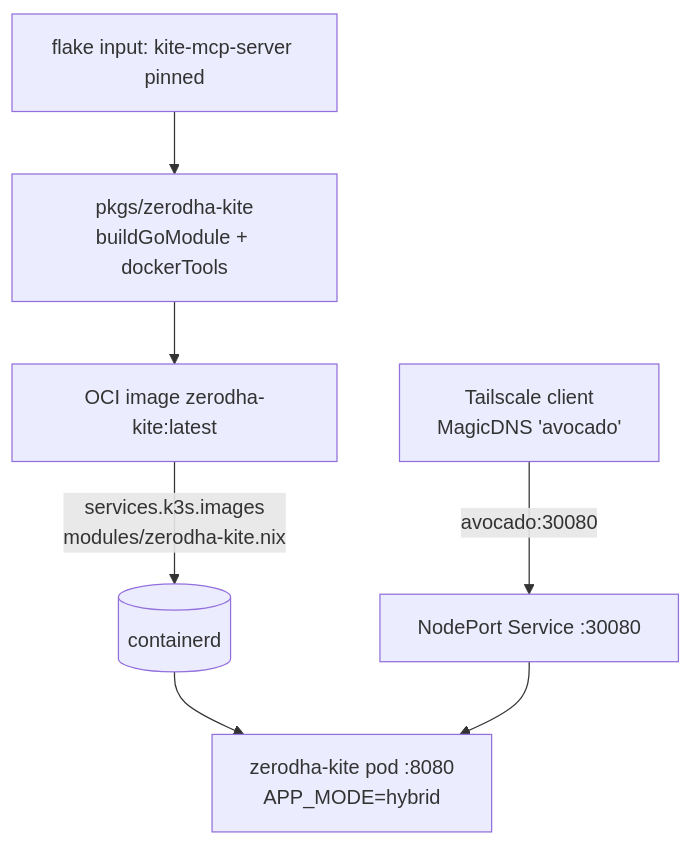
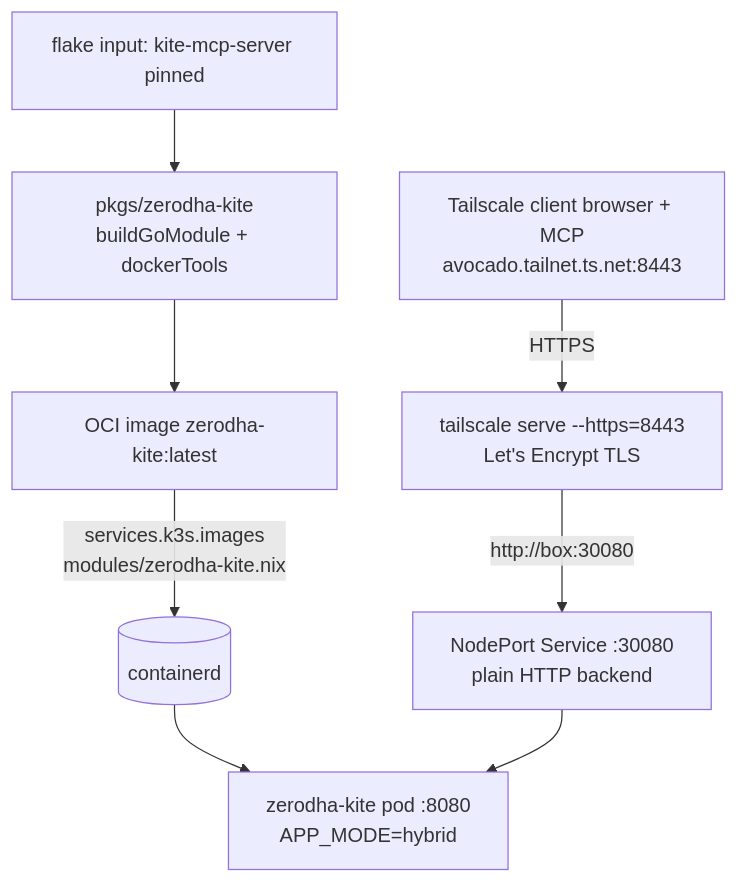
One commit to rithviknishad/systems.nix changed the diagram in docs/zerodha-kite.md. Above: the diagram before and after it, drawn with Mermaid. The commit also changed other lines of this file and 4 other files, not shown here.

Commit message:
update kite-zerodha-mcp server to run using https uri

````diff
--- a/docs/zerodha-kite.md
+++ b/docs/zerodha-kite.md
@@ -33,9 +33,10 @@
 ```mermaid
 graph TD
     input[flake input: kite-mcp-server pinned] --> pkg[pkgs/zerodha-kite<br/>buildGoModule + dockerTools]
     pkg --> img[OCI image zerodha-kite:latest]
     img -->|services.k3s.images<br/>modules/zerodha-kite.nix| ctr[(containerd)]
     ctr --> pod[zerodha-kite pod :8080<br/>APP_MODE=hybrid]
-    npc[NodePort Service :30080] --> pod
-    ts[Tailscale client<br/>MagicDNS 'avocado'] -->|avocado:30080| npc
+    npc[NodePort Service :30080<br/>plain HTTP backend] --> pod
+    serve[tailscale serve --https=8443<br/>Let's Encrypt TLS] -->|http://box:30080| npc
+    ts[Tailscale client browser + MCP<br/>avocado.tailnet.ts.net:8443] -->|HTTPS| serve
 ```
````
